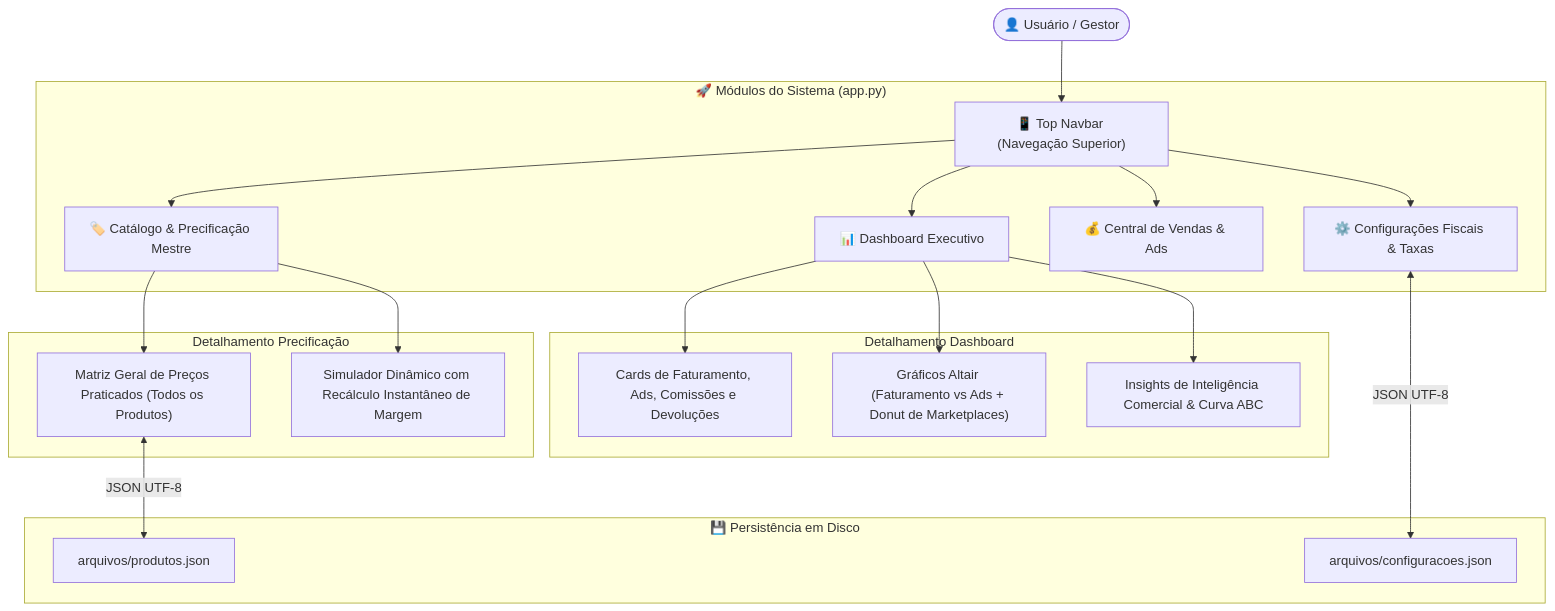
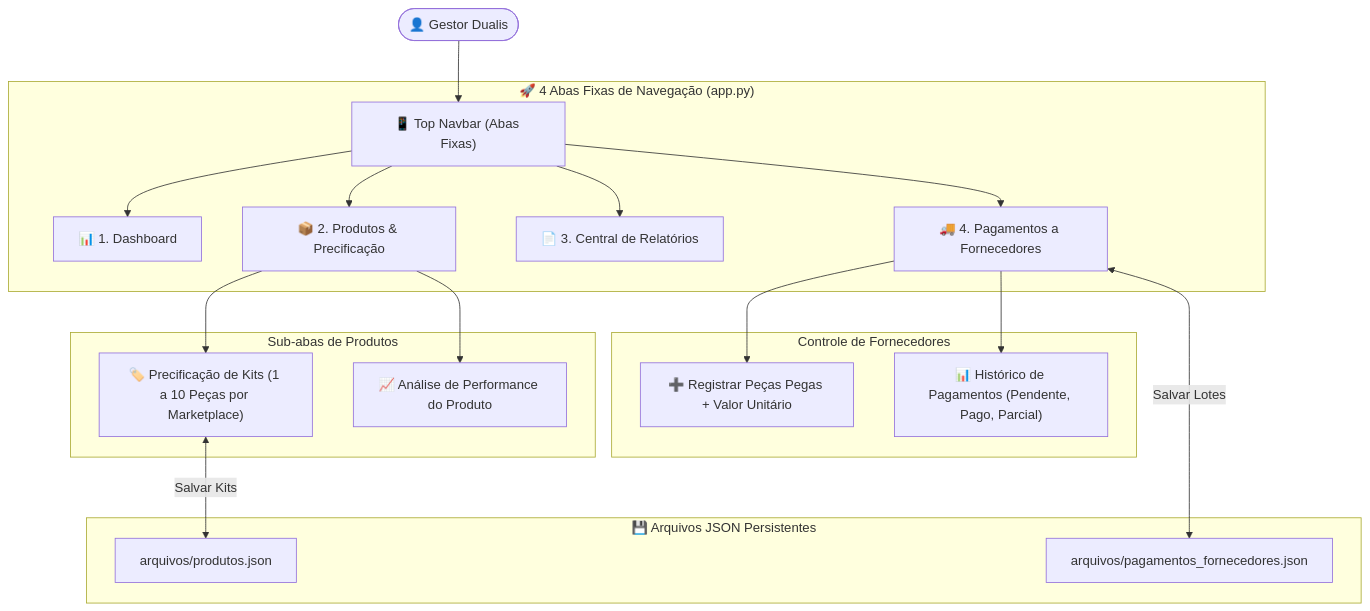
The diagram in docs/arquitetura-do-codigo.md (lincoln-navarino/orion-enterprise), drawn with Mermaid before and after one commit. The commit also changed other lines of this file, not shown here.

Commit message:
docs: atualizado diagrama de arquitetura no Foam para as 4 abas fixas

````diff
--- a/docs/arquitetura-do-codigo.md
+++ b/docs/arquitetura-do-codigo.md
@@ -9,27 +9,26 @@
 ```mermaid
 graph TD
-    User([👤 Usuário / Gestor]) --> TopNav["📱 Top Navbar (Navegação Superior)"]
+    User([👤 Gestor Dualis]) --> TopNav["📱 Top Navbar (Abas Fixas)"]
 
-    subgraph Modulos ["🚀 Módulos do Sistema (app.py)"]
-        TopNav --> M1["📊 Dashboard Executivo"]
-        TopNav --> M2["🏷️ Catálogo & Precificação Mestre"]
-        TopNav --> M3["💰 Central de Vendas & Ads"]
-        TopNav --> M4["⚙️ Configurações Fiscais & Taxas"]
+    subgraph Abas ["🚀 4 Abas Fixas de Navegação (app.py)"]
+        TopNav --> A1["📊 1. Dashboard"]
+        TopNav --> A2["📦 2. Produtos & Precificação"]
+        TopNav --> A3["📄 3. Central de Relatórios"]
+        TopNav --> A4["🚚 4. Pagamentos a Fornecedores"]
     end
 
-    subgraph M1_Details ["Detalhamento Dashboard"]
-        M1 --> KPI["Cards de Faturamento, Ads, Comissões e Devoluções"]
-        M1 --> Charts["Gráficos Altair (Faturamento vs Ads + Donut de Marketplaces)"]
-        M1 --> Insights["Insights de Inteligência Comercial & Curva ABC"]
+    subgraph A2_Sub ["Sub-abas de Produtos"]
+        A2 --> A2_1["🏷️ Precificação de Kits (1 a 10 Peças por Marketplace)"]
+        A2 --> A2_2["📈 Análise de Performance do Produto"]
     end
 
-    subgraph M2_Details ["Detalhamento Precificação"]
-        M2 --> Matriz["Matriz Geral de Preços Praticados (Todos os Produtos)"]
-        M2 --> Simulador["Simulador Dinâmico com Recálculo Instantâneo de Margem"]
+    subgraph A4_Sub ["Controle de Fornecedores"]
+        A4 --> RegForn["➕ Registrar Peças Pegas + Valor Unitário"]
+        A4 --> HistForn["📊 Histórico de Pagamentos (Pendente, Pago, Parcial)"]
     end
 
-    subgraph Storage ["💾 Persistência em Disco"]
-        Matriz <-->|JSON UTF-8| ProdJSON["arquivos/produtos.json"]
-        M4 <-->|JSON UTF-8| CfgJSON["arquivos/configuracoes.json"]
+    subgraph Data ["💾 Arquivos JSON Persistentes"]
+        A2_1 <-->|Salvar Kits| ProdJSON["arquivos/produtos.json"]
+        A4 <-->|Salvar Lotes| FornJSON["arquivos/pagamentos_fornecedores.json"]
     end
 ```
````
